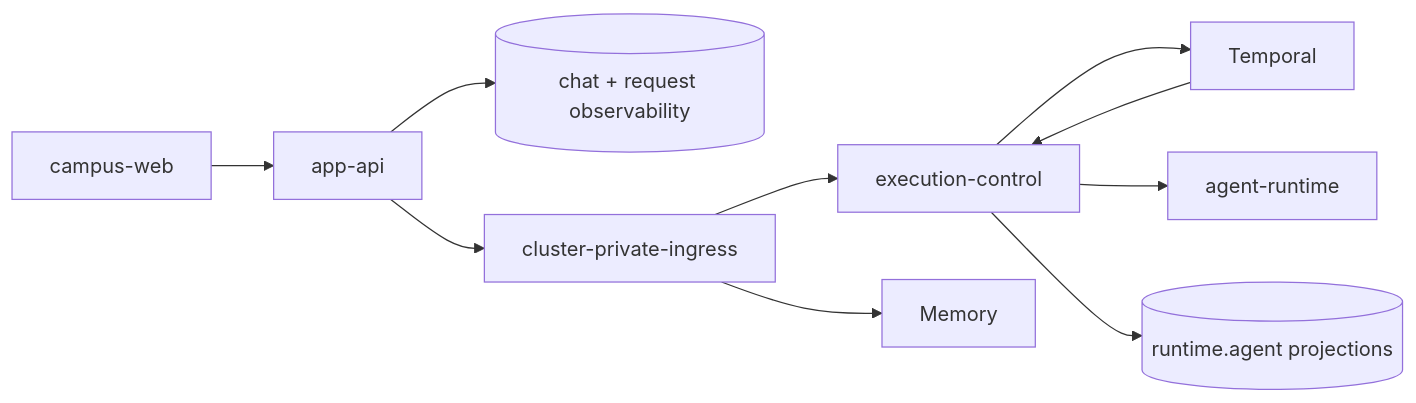
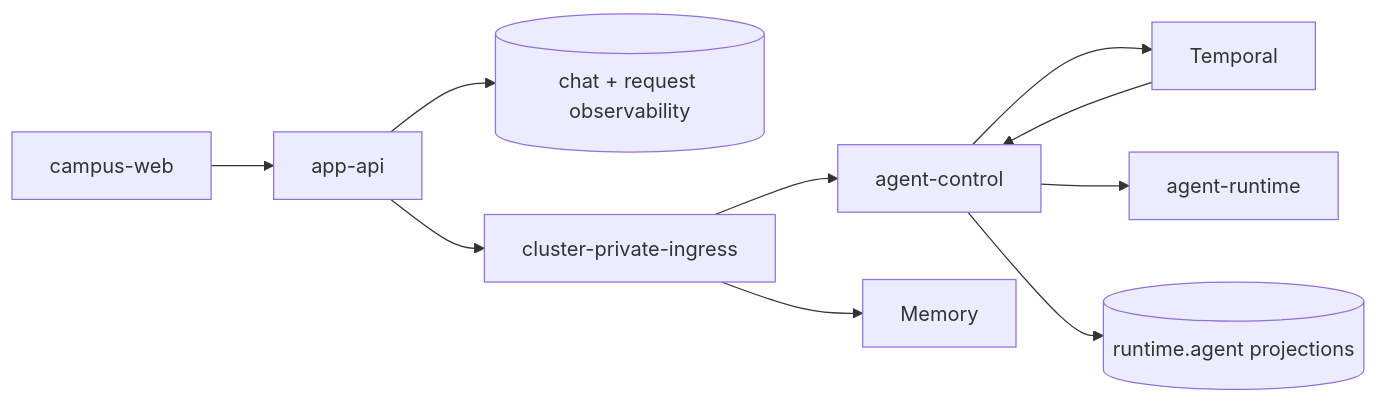
One commit to Luxfeier22331/campus-agent-main changed the diagram in docs/architecture/system/product-runtime.md. Above: the diagram before and after it, drawn with Mermaid. The commit also changed other lines of this file and 825 other files, not shown here.

````diff
--- a/docs/architecture/system/product-runtime.md
+++ b/docs/architecture/system/product-runtime.md
@@ -39,21 +39,21 @@
 ```mermaid
 flowchart LR
   Browser[campus-web]
   AppAPI[app-api]
   ProductDB[(chat + request observability)]
-  Control[execution-control]
+  Control[agent-control]
   Temporal[Temporal]
   Agent[agent-runtime]
   RunDB[(runtime.agent projections)]
 
   Browser --> AppAPI
   AppAPI --> ProductDB
   PrivateIngress[cluster-private-ingress]
   AppAPI --> PrivateIngress
   PrivateIngress --> Control
   PrivateIngress --> Memory
   Control --> Temporal
   Temporal --> Control
   Control --> Agent
   Control --> RunDB
 ```
````
